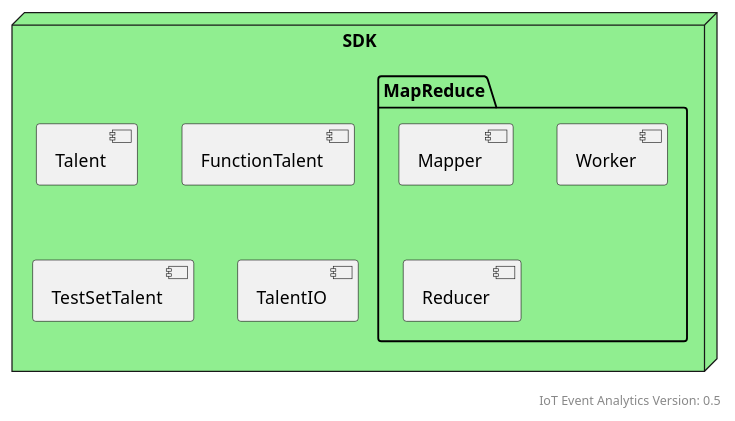
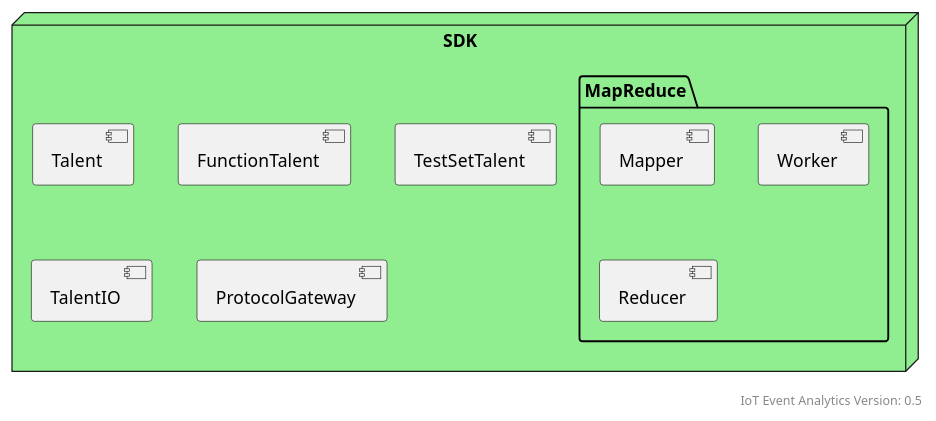
One commit to COVESA/iot-event-analytics changed the diagram in docs/topics/assets/plantuml/components_sdk.puml. Above: the diagram before and after it, drawn with PlantUML. The commit also changed 4 other files, not shown here.

```diff
--- a/docs/topics/assets/plantuml/components_sdk.puml
+++ b/docs/topics/assets/plantuml/components_sdk.puml
@@ -1,30 +1,31 @@
 @startuml
 /'
   Copyright (c) 2021 Bosch.IO GmbH
 
   This Source Code Form is subject to the terms of the Mozilla Public
   License, v. 2.0. If a copy of the MPL was not distributed with this
   file, You can obtain one at https://mozilla.org/MPL/2.0/.
 
   SPDX-License-Identifier: MPL-2.0
 '/
     skinparam backgroundColor #FFFFF
 
     top to bottom direction
 
     right footer "IoT Event Analytics Version: 0.5"
 
     node SDK #LightGreen {
 
     component Talent
     component FunctionTalent
     component TestSetTalent
     component TalentIO
+    component ProtocolGateway
 
     package MapReduce {
         component Mapper
         component Worker
         component Reducer
     }
 
 @enduml
```
